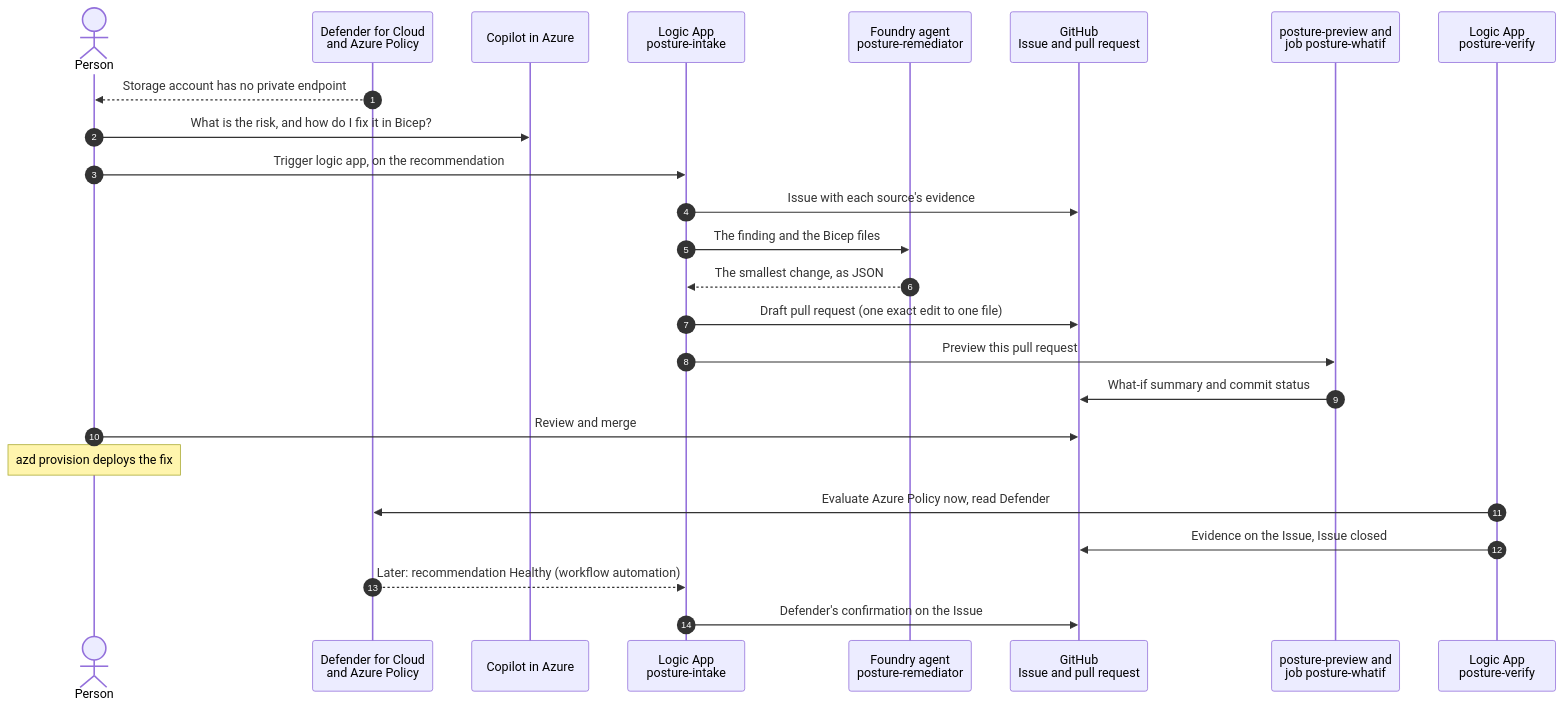
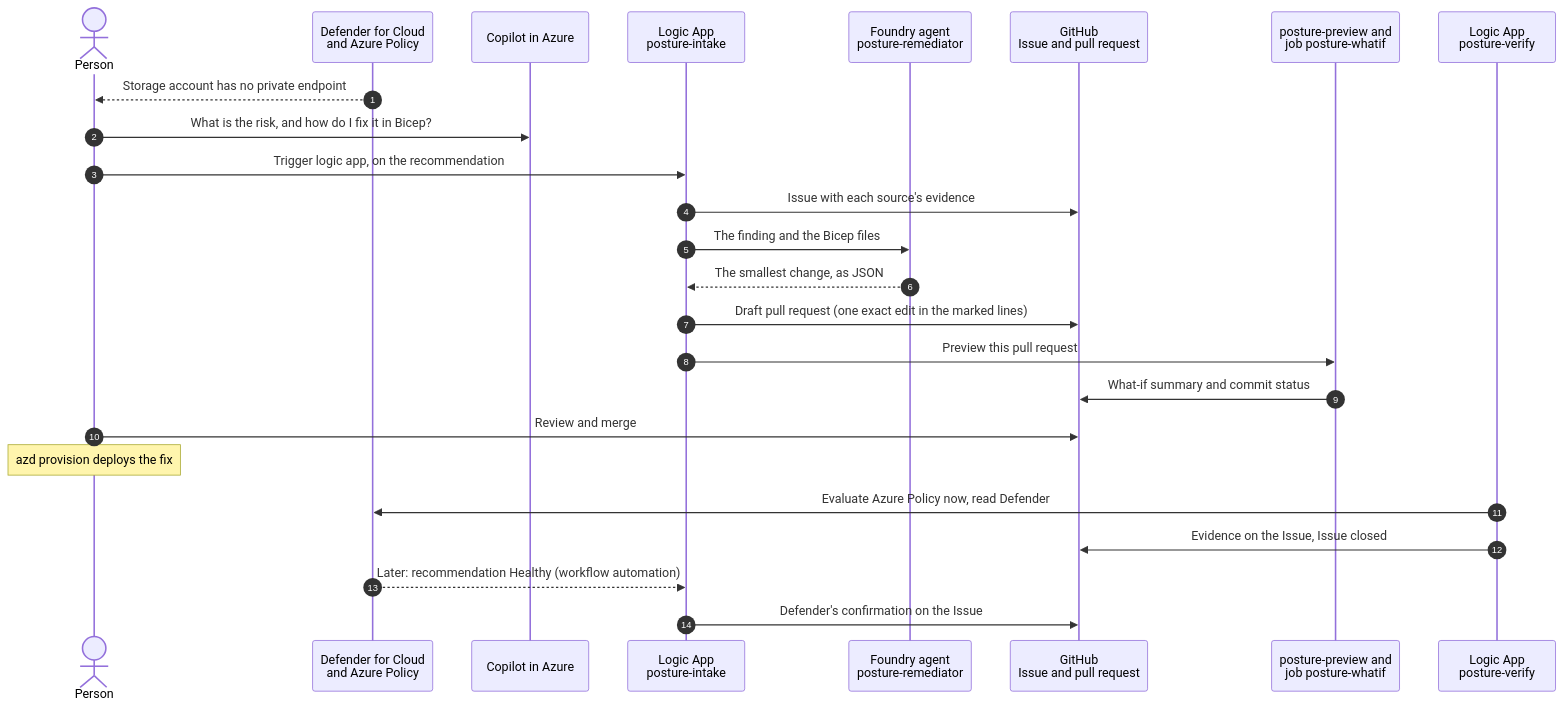
Before and after one commit to melabadi/adept-assessment-northstars: the diagram in solutions/05-secure-microsoft/README.md, drawn with Mermaid. The commit also changed other lines of this file and 5 other files, not shown here.

````diff
--- a/solutions/05-secure-microsoft/README.md
+++ b/solutions/05-secure-microsoft/README.md
@@ -22,27 +22,27 @@
 ```mermaid
 sequenceDiagram
   autonumber
   actor H as Person
   participant D as Defender for Cloud<br/>and Azure Policy
   participant C as Copilot in Azure
   participant I as Logic App<br/>posture-intake
   participant F as Foundry agent<br/>posture-remediator
   participant G as GitHub<br/>Issue and pull request
   participant W as posture-preview and<br/>job posture-whatif
   participant V as Logic App<br/>posture-verify
   D-->>H: Storage account has no private endpoint
   H->>C: What is the risk, and how do I fix it in Bicep?
   H->>I: Trigger logic app, on the recommendation
   I->>G: Issue with each source's evidence
   I->>F: The finding and the Bicep files
   F-->>I: The smallest change, as JSON
-  I->>G: Draft pull request (one exact edit to one file)
+  I->>G: Draft pull request (one exact edit in the marked lines)
   I->>W: Preview this pull request
   W->>G: What-if summary and commit status
   H->>G: Review and merge
   Note over H: azd provision deploys the fix
   V->>D: Evaluate Azure Policy now, read Defender
   V->>G: Evidence on the Issue, Issue closed
   D-->>I: Later: recommendation Healthy (workflow automation)
   I->>G: Defender's confirmation on the Issue
 ```
````
